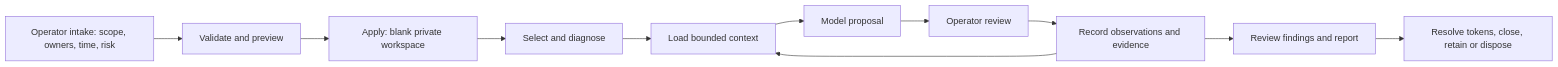
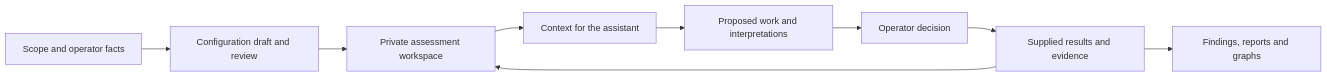
One commit to FIGURpav/Cyber_Operator changed the diagram in README.md. Above: the diagram before and after it, drawn with Mermaid. The commit also changed other lines of this file and 10 other files, not shown here.

````diff
--- a/README.md
+++ b/README.md
@@ -91,13 +51,11 @@
 ```mermaid
 flowchart LR
-  A[Operator intake: scope, owners, time, risk] --> B[Validate and preview]
-  B --> C[Apply: blank private workspace]
-  C --> D[Select and diagnose]
-  D --> E[Load bounded context]
-  E --> F[Model proposal]
-  F --> G[Operator review]
-  G --> H[Record observations and evidence]
-  H --> I[Review findings and report]
-  I --> J[Resolve tokens, close, retain or dispose]
-  H --> E
+    A["Scope and operator facts"] --> B["Configuration draft and review"]
+    B --> C["Private assessment workspace"]
+    C --> D["Context for the assistant"]
+    D --> E["Proposed work and interpretations"]
+    E --> F["Operator decision"]
+    F --> G["Supplied results and evidence"]
+    G --> H["Findings, reports and graphs"]
+    G --> C
 ```
````
